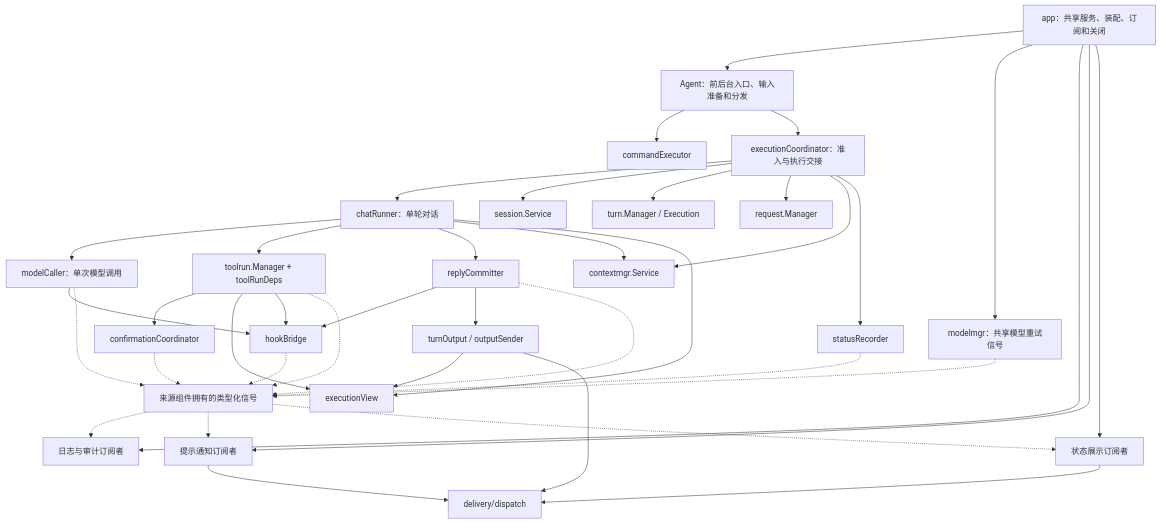
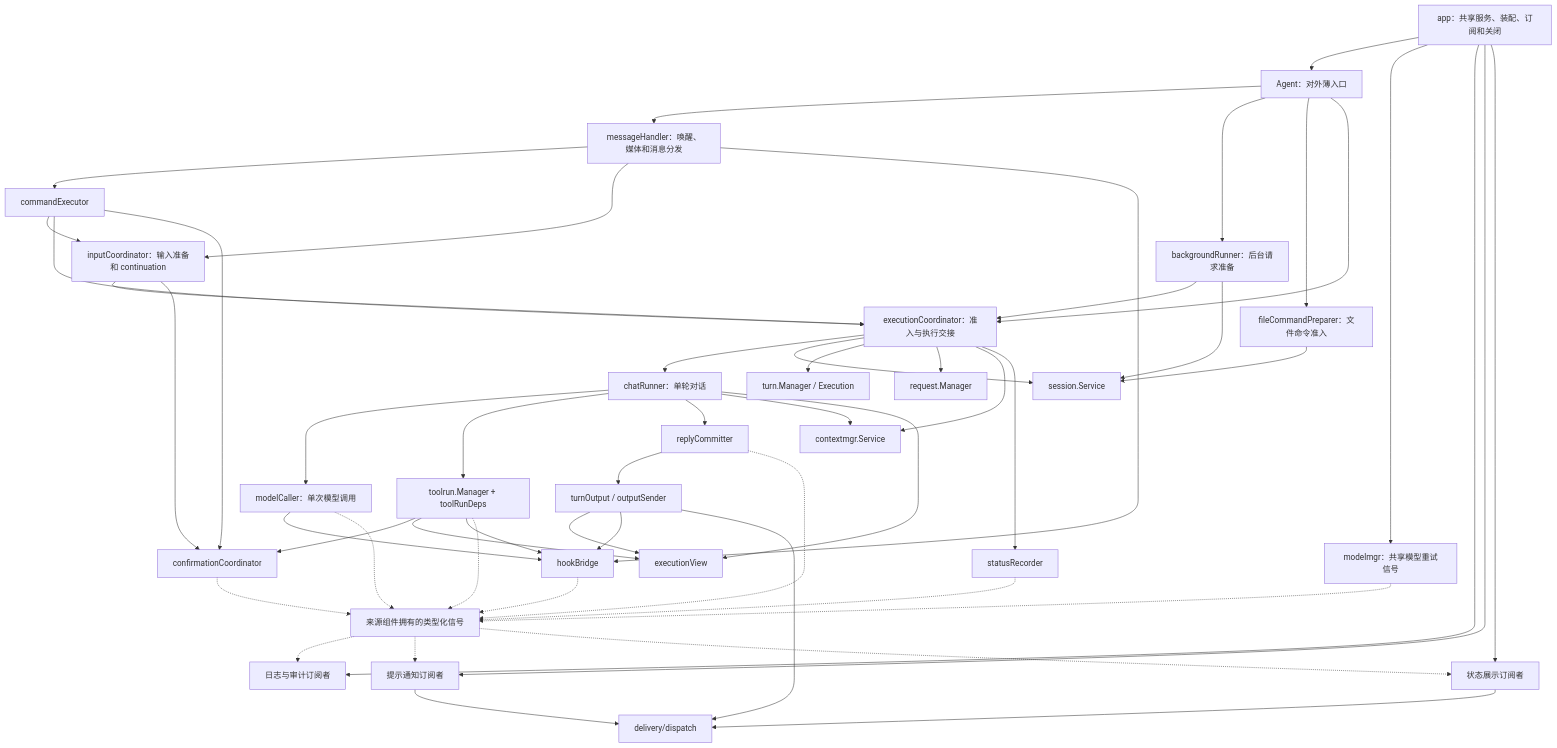
The diagram in devdocs/core-refactor.md (Elflare/elbot), drawn with Mermaid before and after one commit. The commit also changed other lines of this file and 59 other files, not shown here.

````diff
--- a/devdocs/core-refactor.md
+++ b/devdocs/core-refactor.md
@@ -323,65 +323,82 @@
 ```mermaid
 flowchart TD
     App["app：共享服务、装配、订阅和关闭"]
-    Agent["Agent：前后台入口、输入准备和分发"]
+    Agent["Agent：对外薄入口"]
+    Message["messageHandler：唤醒、媒体和消息分发"]
+    Input["inputCoordinator：输入准备和 continuation"]
+    Background["backgroundRunner：后台请求准备"]
+    Files["fileCommandPreparer：文件命令准入"]
     Command["commandExecutor"]
     Exec["executionCoordinator：准入与执行交接"]
     Chat["chatRunner：单轮对话"]
     Model["modelCaller：单次模型调用"]
     Tools["toolrun.Manager + toolRunDeps"]
     Confirm["confirmationCoordinator"]
     Reply["replyCommitter"]
     Output["turnOutput / outputSender"]
     Dispatch["delivery/dispatch"]
     Session["session.Service"]
     Turn["turn.Manager / Execution"]
     Request["request.Manager"]
     Context["contextmgr.Service"]
     View["executionView"]
     Hooks["hookBridge"]
     Status["statusRecorder"]
     Models["modelmgr：共享模型重试信号"]
     Events["来源组件拥有的类型化信号"]
     Logs["日志与审计订阅者"]
     Notices["提示通知订阅者"]
     Display["状态展示订阅者"]
 
     App --> Agent
     App --> Models
-    Agent --> Command
+    Agent --> Message
+    Agent --> Background
+    Agent --> Files
     Agent --> Exec
+    Message --> Command
+    Message --> Input
+    Message --> Hooks
+    Command --> Input
+    Command --> Exec
+    Command --> Confirm
+    Input --> Exec
+    Input --> Confirm
+    Background --> Exec
+    Background --> Session
+    Files --> Session
     Exec --> Chat
     Exec --> Session
     Exec --> Turn
     Exec --> Request
     Exec --> Context
     Exec --> Status
     Chat --> Model
     Chat --> Tools
     Chat --> Reply
     Chat --> Context
     Tools --> Confirm
     Chat --> View
     Tools --> View
     Output --> View
     Model --> Hooks
     Tools --> Hooks
-    Reply --> Hooks
+    Output --> Hooks
     Reply --> Output
     Output --> Dispatch
     Model -.-> Events
     Models -.-> Events
     Tools -.-> Events
     Confirm -.-> Events
     Reply -.-> Events
     Hooks -.-> Events
     Status -.-> Events
     App --> Logs
     App --> Notices
     App --> Display
     Events -.-> Logs
     Events -.-> Notices
     Events -.-> Display
     Notices --> Dispatch
     Display --> Dispatch
 ```
````
